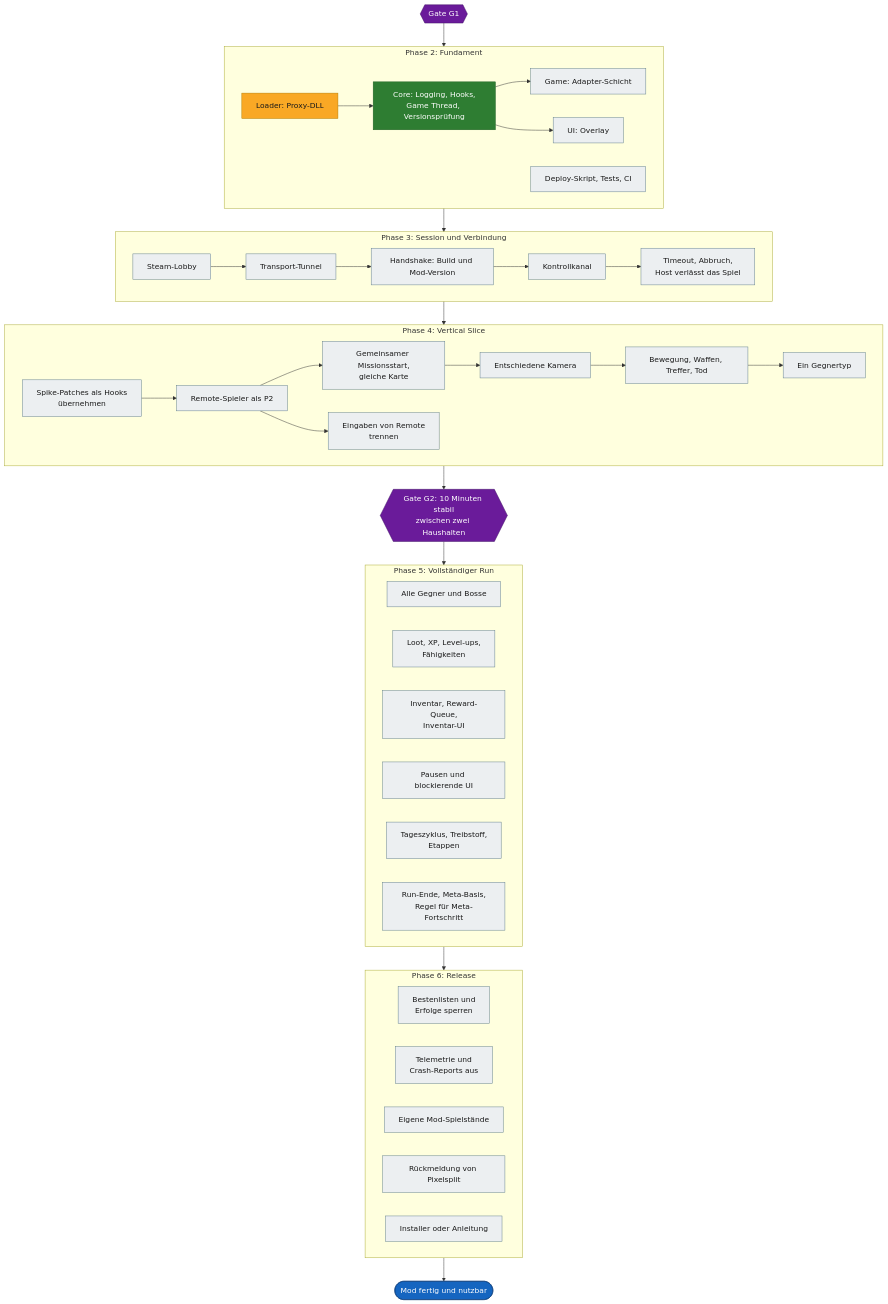
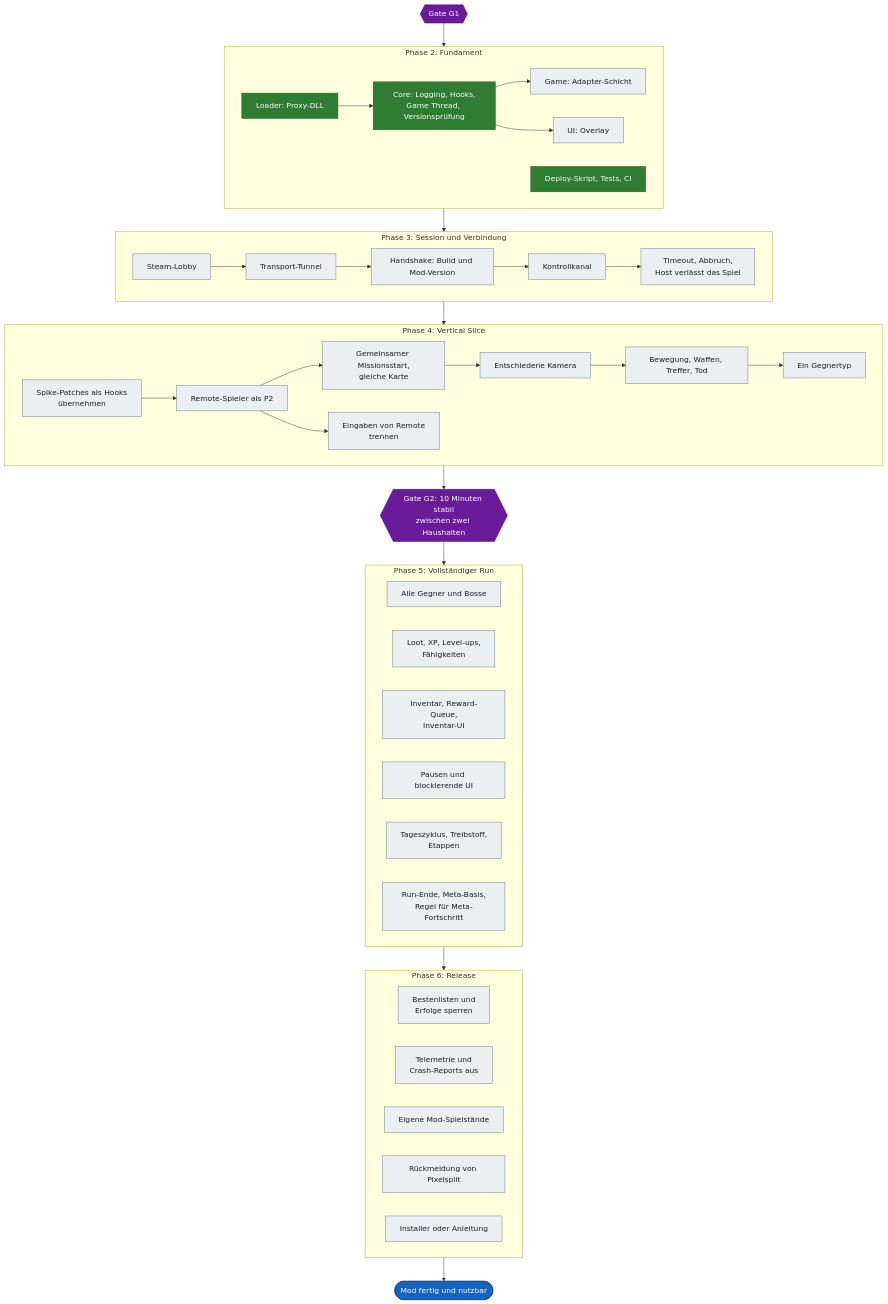
Before and after one commit to VitaminStack/Deadly-Days-Roadtrip-Multiplayer-Mod: the third of 4 diagrams in docs/ROADMAP.md, drawn with Mermaid. The commit also changed other lines of this file and 5 other files, not shown here.

````diff
--- a/docs/ROADMAP.md
+++ b/docs/ROADMAP.md
@@ -138,64 +138,64 @@
 ```mermaid
 flowchart TD
     G1{{"Gate G1"}}:::gate
 
     subgraph PH2["Phase 2: Fundament"]
-        L["Loader: Proxy-DLL"]:::wip
+        L["Loader: Proxy-DLL"]:::done
         C["Core: Logging, Hooks,<br/>Game Thread, Versionsprüfung"]:::done
         GA["Game: Adapter-Schicht"]:::open
         U["UI: Overlay"]:::open
-        W["Deploy-Skript, Tests, CI"]:::open
+        W["Deploy-Skript, Tests, CI"]:::done
         L --> C --> GA
         C --> U
     end
 
     subgraph PH3["Phase 3: Session und Verbindung"]
         LO["Steam-Lobby"]:::open
         TN["Transport-Tunnel"]:::open
         HS["Handshake: Build und Mod-Version"]:::open
         FE["Timeout, Abbruch,<br/>Host verlässt das Spiel"]:::open
         KK["Kontrollkanal"]:::open
         LO --> TN --> HS --> KK --> FE
     end
 
     subgraph PH4["Phase 4: Vertical Slice"]
         SH["Spike-Patches als Hooks<br/>übernehmen"]:::open
         R2["Remote-Spieler als P2"]:::open
         MS["Gemeinsamer Missionsstart,<br/>gleiche Karte"]:::open
         KM["Entschiedene Kamera"]:::open
         KA["Bewegung, Waffen, Treffer, Tod"]:::open
         GT["Ein Gegnertyp"]:::open
         EI["Eingaben von Remote<br/>trennen"]:::open
         SH --> R2 --> MS --> KM --> KA --> GT
         R2 --> EI
     end
 
     G2{{"Gate G2: 10 Minuten stabil<br/>zwischen zwei Haushalten"}}:::gate
 
     subgraph PH5["Phase 5: Vollständiger Run"]
         GE["Alle Gegner und Bosse"]:::open
         XP["Loot, XP, Level-ups,<br/>Fähigkeiten"]:::open
         IV["Inventar, Reward-Queue,<br/>Inventar-UI"]:::open
         PU["Pausen und blockierende UI"]:::open
         TG["Tageszyklus, Treibstoff,<br/>Etappen"]:::open
         ME["Run-Ende, Meta-Basis,<br/>Regel für Meta-Fortschritt"]:::open
     end
 
     subgraph PH6["Phase 6: Release"]
         SB["Bestenlisten und<br/>Erfolge sperren"]:::open
         TE["Telemetrie und<br/>Crash-Reports aus"]:::open
         SV["Eigene Mod-Spielstände"]:::open
         PS["Rückmeldung von Pixelsplit"]:::open
         IN["Installer oder Anleitung"]:::open
     end
 
     Z(["Mod fertig und nutzbar"]):::goal
 
     G1 --> PH2 --> PH3 --> PH4 --> G2 --> PH5 --> PH6 --> Z
 
     classDef done fill:#2e7d32,stroke:#1b5e20,color:#ffffff
     classDef wip fill:#f9a825,stroke:#b27a00,color:#1a1a1a
     classDef open fill:#eceff1,stroke:#607d8b,color:#1a1a1a
     classDef gate fill:#6a1b9a,stroke:#3e1163,color:#ffffff
     classDef goal fill:#1565c0,stroke:#0d3c78,color:#ffffff
 ```
````
